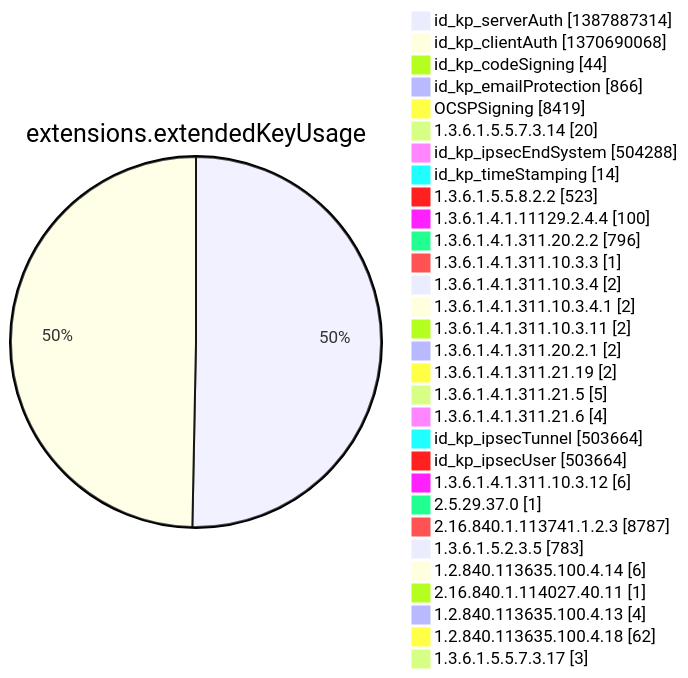
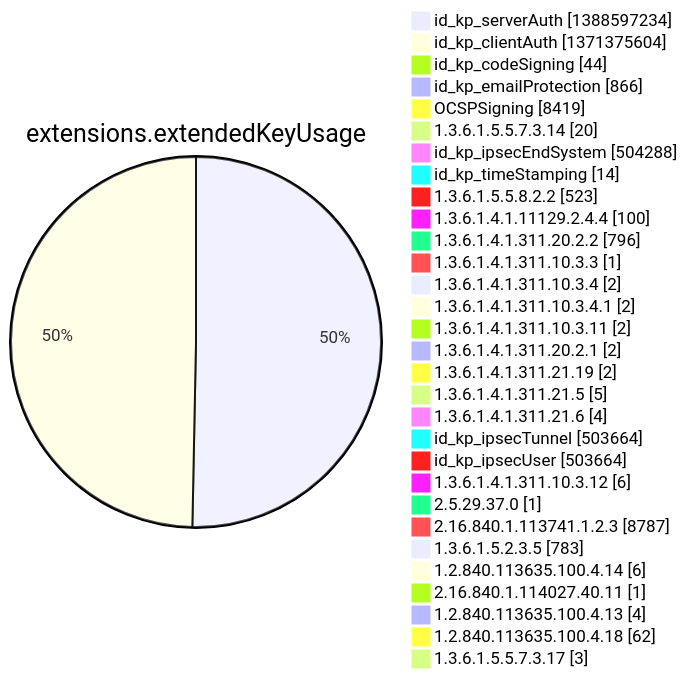
Before and after one commit to christiankrug/ctmonitor_visualization: diagram 12 of 15 in argon2022/README.md, drawn with Mermaid. The commit also changed other lines of this file, not shown here.

````diff
--- a/argon2022/README.md
+++ b/argon2022/README.md
@@ -3554,34 +3554,34 @@
 ```mermaid
 pie showData
 title extensions.extendedKeyUsage
-"id_kp_serverAuth" :1387887314
-"id_kp_clientAuth" :1370690068
+"id_kp_serverAuth" :1388597234
+"id_kp_clientAuth" :1371375604
 "id_kp_codeSigning" :44
 "id_kp_emailProtection" :866
 "OCSPSigning" :8419
 "1.3.6.1.5.5.7.3.14" :20
 "id_kp_ipsecEndSystem" :504288
 "id_kp_timeStamping" :14
 "1.3.6.1.5.5.8.2.2" :523
 "1.3.6.1.4.1.11129.2.4.4" :100
 "1.3.6.1.4.1.311.20.2.2" :796
 "1.3.6.1.4.1.311.10.3.3" :1
 "1.3.6.1.4.1.311.10.3.4" :2
 "1.3.6.1.4.1.311.10.3.4.1" :2
 "1.3.6.1.4.1.311.10.3.11" :2
 "1.3.6.1.4.1.311.20.2.1" :2
 "1.3.6.1.4.1.311.21.19" :2
 "1.3.6.1.4.1.311.21.5" :5
 "1.3.6.1.4.1.311.21.6" :4
 "id_kp_ipsecTunnel" :503664
 "id_kp_ipsecUser" :503664
 "1.3.6.1.4.1.311.10.3.12" :6
 "2.5.29.37.0" :1
 "2.16.840.1.113741.1.2.3" :8787
 "1.3.6.1.5.2.3.5" :783
 "1.2.840.113635.100.4.14" :6
 "2.16.840.1.114027.40.11" :1
 "1.2.840.113635.100.4.13" :4
 "1.2.840.113635.100.4.18" :62
 "1.3.6.1.5.5.7.3.17" :3
 ```
````
